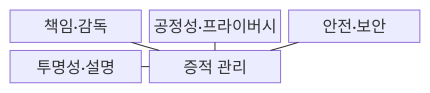
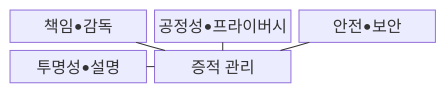
Before and after one commit to agnusdei1207/knowledge-base: the first of 2 diagrams in src/content/docs/notes/08-latest-tech/103_responsible_ai.md, drawn with Mermaid. The commit also changed other lines of this file and 953 other files, not shown here.

````diff
--- a/src/content/docs/notes/08-latest-tech/103_responsible_ai.md
+++ b/src/content/docs/notes/08-latest-tech/103_responsible_ai.md
@@ -69,13 +69,13 @@
 ```mermaid
 block-beta
   columns 3
-  A["책임·감독"]
-  B["공정성·프라이버시"]
-  C["안전·보안"]
-  D["투명성·설명"]
+  A["책임•감독"]
+  B["공정성•프라이버시"]
+  C["안전•보안"]
+  D["투명성•설명"]
   E["증적 관리"]
   A --- E
   B --- E
   C --- E
   D --- E
 ```
````
